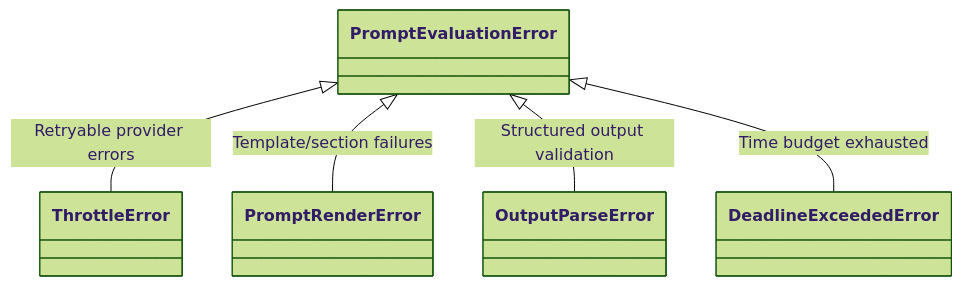
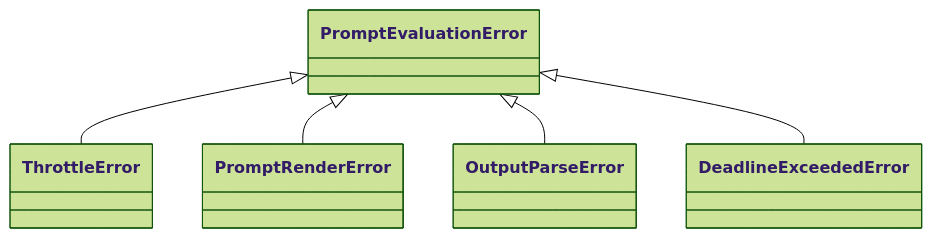
One commit to weakincentives/weakincentives changed the second of 2 diagrams in specs/ADAPTERS.md. Above: the diagram before and after it, drawn with Mermaid (forest theme). The commit also changed other lines of this file and 34 other files, not shown here.

````diff
--- a/specs/ADAPTERS.md
+++ b/specs/ADAPTERS.md
@@ -399,7 +123,7 @@
 ```mermaid
 classDiagram
-    PromptEvaluationError <|-- ThrottleError : Retryable provider errors
-    PromptEvaluationError <|-- PromptRenderError : Template/section failures
-    PromptEvaluationError <|-- OutputParseError : Structured output validation
-    PromptEvaluationError <|-- DeadlineExceededError : Time budget exhausted
+    PromptEvaluationError <|-- ThrottleError
+    PromptEvaluationError <|-- PromptRenderError
+    PromptEvaluationError <|-- OutputParseError
+    PromptEvaluationError <|-- DeadlineExceededError
 ```
````
